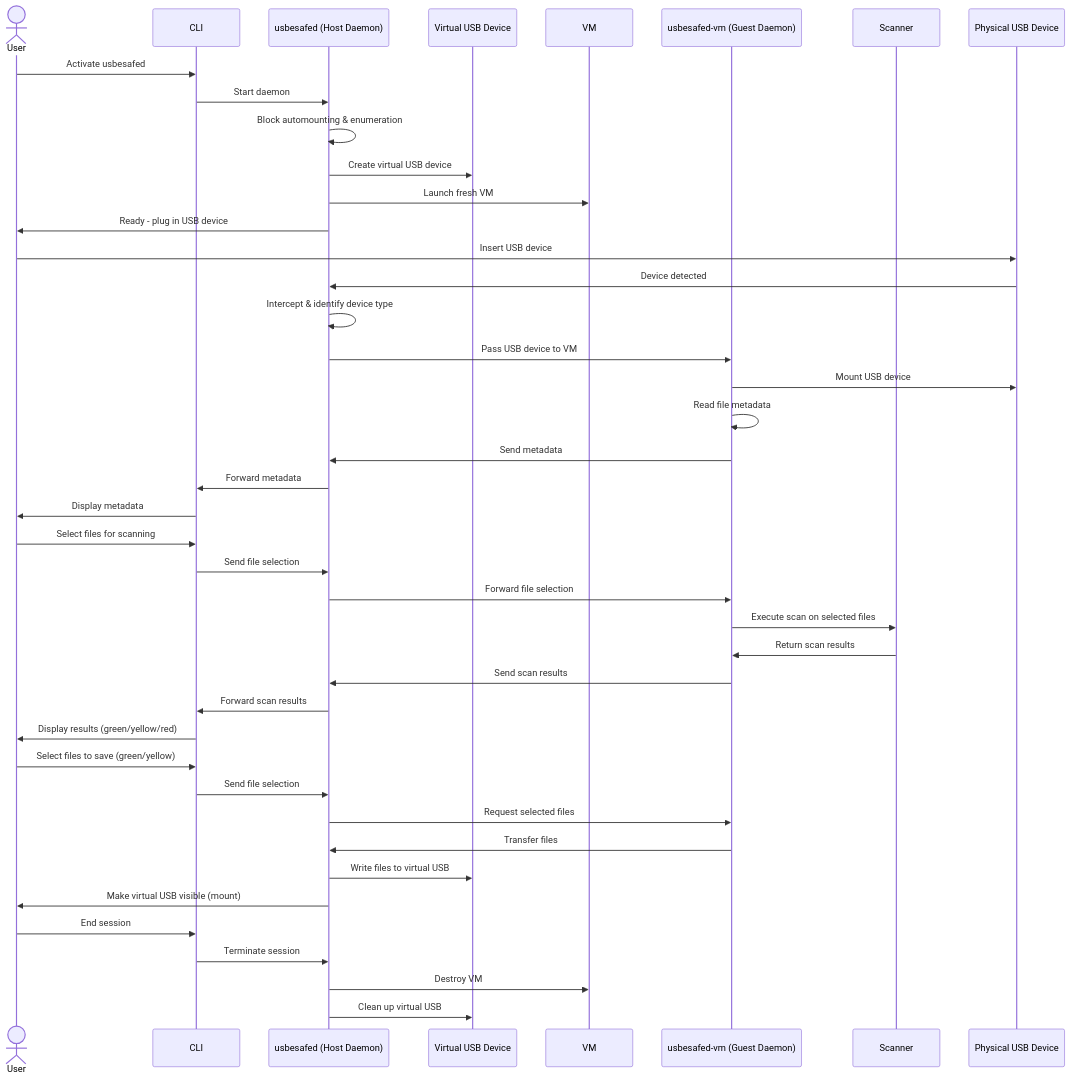
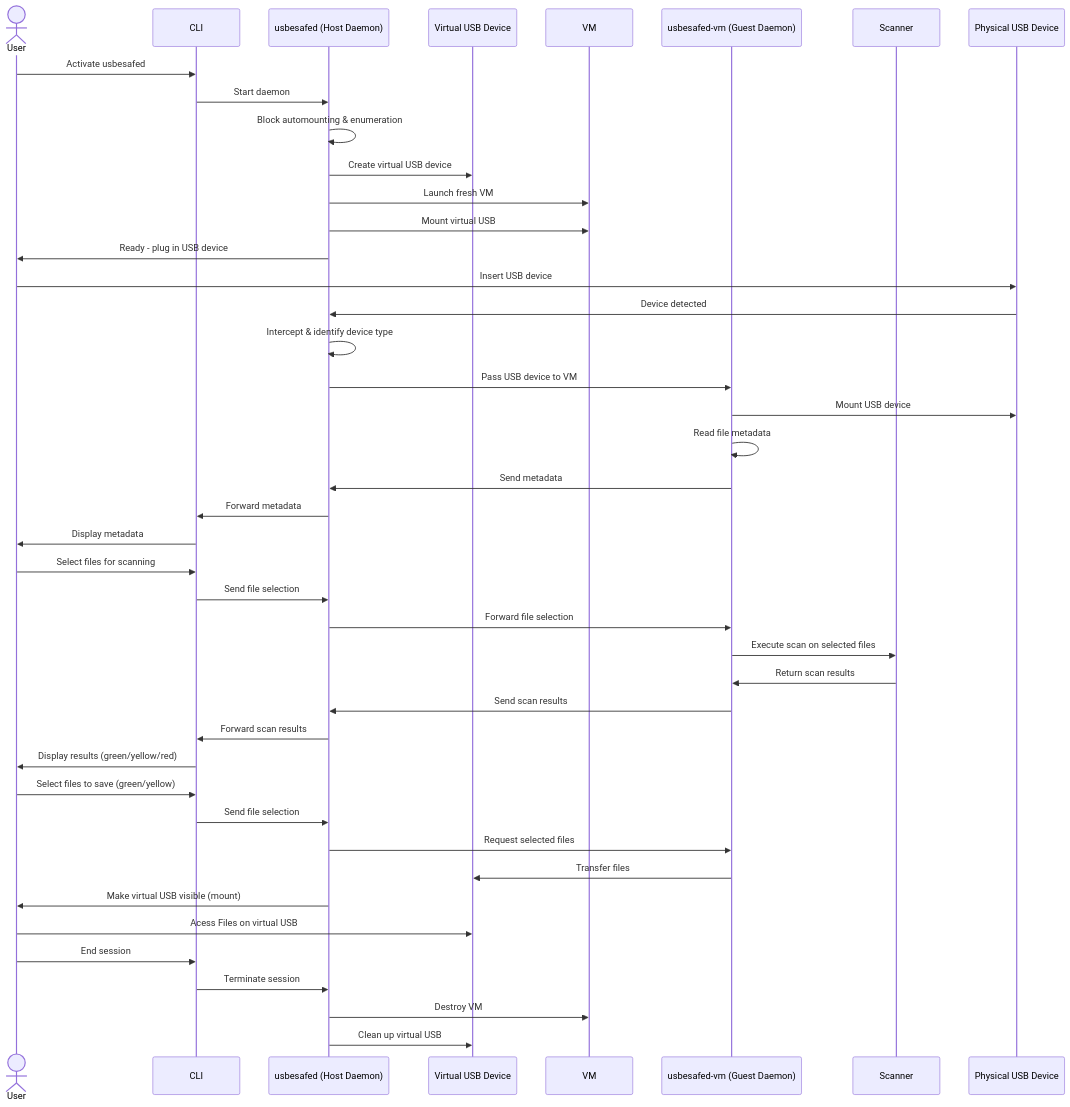
One commit to Katric/USBeSafe changed the diagram in docs/Requirements_Specification.md. Above: the diagram before and after it, drawn with Mermaid.

Commit message:
fix virtual USB workflow

````diff
--- a/docs/Requirements_Specification.md
+++ b/docs/Requirements_Specification.md
@@ -33,50 +33,51 @@
 ```mermaid
 sequenceDiagram
     actor User
     participant CLI
     participant usbesafed as usbesafed (Host Daemon)
     participant vUSB as Virtual USB Device
     participant VM
     participant usbesafed-vm as usbesafed-vm (Guest Daemon)
     participant Scanner
     participant PhysicalUSB as Physical USB Device
 
     User->>CLI: Activate usbesafed
     CLI->>usbesafed: Start daemon
     usbesafed->>usbesafed: Block automounting & enumeration
     usbesafed->>vUSB: Create virtual USB device
     usbesafed->>VM: Launch fresh VM
+    usbesafed->>VM: Mount virtual USB
     usbesafed->>User: Ready - plug in USB device
     
     User->>PhysicalUSB: Insert USB device
     PhysicalUSB->>usbesafed: Device detected
     usbesafed->>usbesafed: Intercept & identify device type
     usbesafed->>usbesafed-vm: Pass USB device to VM
     usbesafed-vm->>PhysicalUSB: Mount USB device
     
     usbesafed-vm->>usbesafed-vm: Read file metadata
     usbesafed-vm->>usbesafed: Send metadata
     usbesafed->>CLI: Forward metadata
     CLI->>User: Display metadata
     
     User->>CLI: Select files for scanning
     CLI->>usbesafed: Send file selection
     usbesafed->>usbesafed-vm: Forward file selection
     usbesafed-vm->>Scanner: Execute scan on selected files
     Scanner->>usbesafed-vm: Return scan results
     usbesafed-vm->>usbesafed: Send scan results
     usbesafed->>CLI: Forward scan results
     CLI->>User: Display results (green/yellow/red)
     
     User->>CLI: Select files to save (green/yellow)
     CLI->>usbesafed: Send file selection
     usbesafed->>usbesafed-vm: Request selected files
-    usbesafed-vm->>usbesafed: Transfer files
-    usbesafed->>vUSB: Write files to virtual USB
+    usbesafed-vm->>vUSB: Transfer files
     usbesafed->>User: Make virtual USB visible (mount)
+    User->>vUSB: Acess Files on virtual USB
     
     User->>CLI: End session
     CLI->>usbesafed: Terminate session
     usbesafed->>VM: Destroy VM
     usbesafed->>vUSB: Clean up virtual USB
 ```
````
